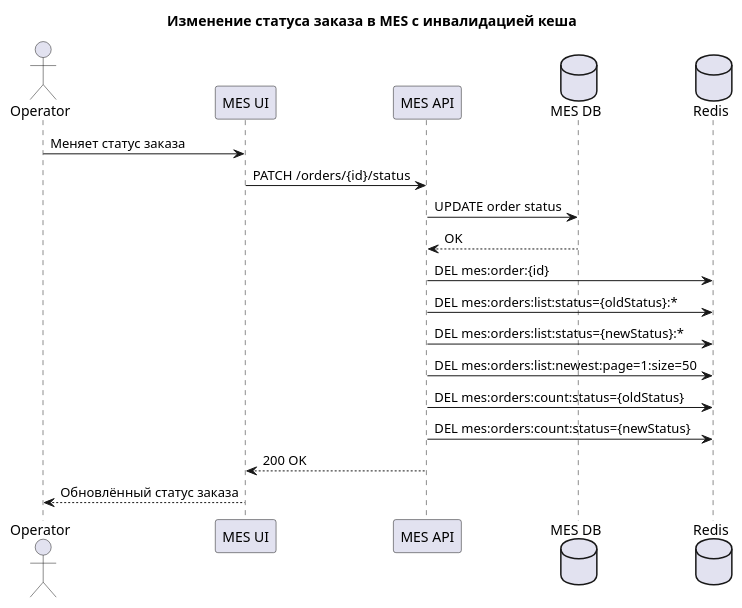
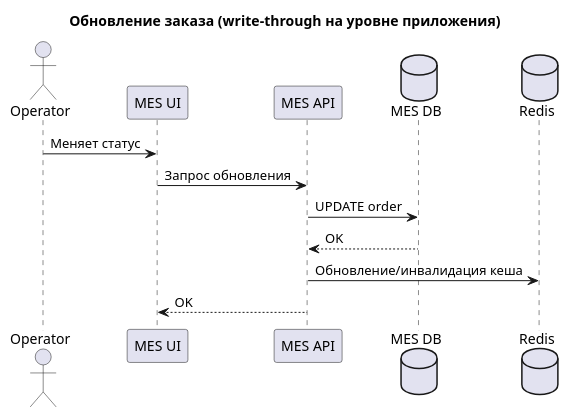
The second of 3 diagrams in Task5/Архитектурное решение по кешированию.md (afjord/architecture-pro-alexandrite), drawn with PlantUML before and after one commit. The commit also changed other lines of this file, not shown here.

````diff
--- a/Task5/Архитектурное решение по кешированию.md
+++ b/Task5/Архитектурное решение по кешированию.md
@@ -137,27 +134,22 @@
 ```plantuml
 @startuml
-title Изменение статуса заказа в MES с инвалидацией кеша
+title Обновление заказа (write-through на уровне приложения)
 
 actor Operator
 participant "MES UI" as UI
 participant "MES API" as API
 database "MES DB" as DB
 database "Redis" as Cache
 
-Operator -> UI: Меняет статус заказа
-UI -> API: PATCH /orders/{id}/status
-API -> DB: UPDATE order status
+Operator -> UI: Меняет статус
+UI -> API: Запрос обновления
+
+API -> DB: UPDATE order
 DB --> API: OK
 
-API -> Cache: DEL mes:order:{id}
-API -> Cache: DEL mes:orders:list:status={oldStatus}:*
-API -> Cache: DEL mes:orders:list:status={newStatus}:*
-API -> Cache: DEL mes:orders:list:newest:page=1:size=50
-API -> Cache: DEL mes:orders:count:status={oldStatus}
-API -> Cache: DEL mes:orders:count:status={newStatus}
+API -> Cache: Обновление/инвалидация кеша
 
-API --> UI: 200 OK
-UI --> Operator: Обновлённый статус заказа
+API --> UI: OK
 
 @enduml
 ```
````
